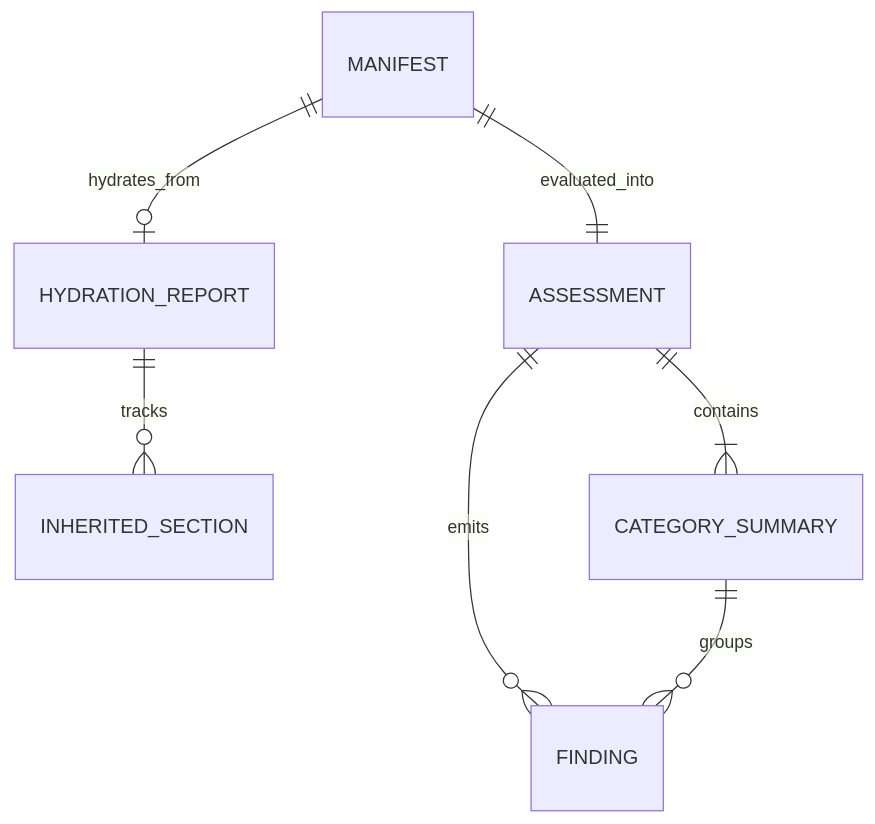
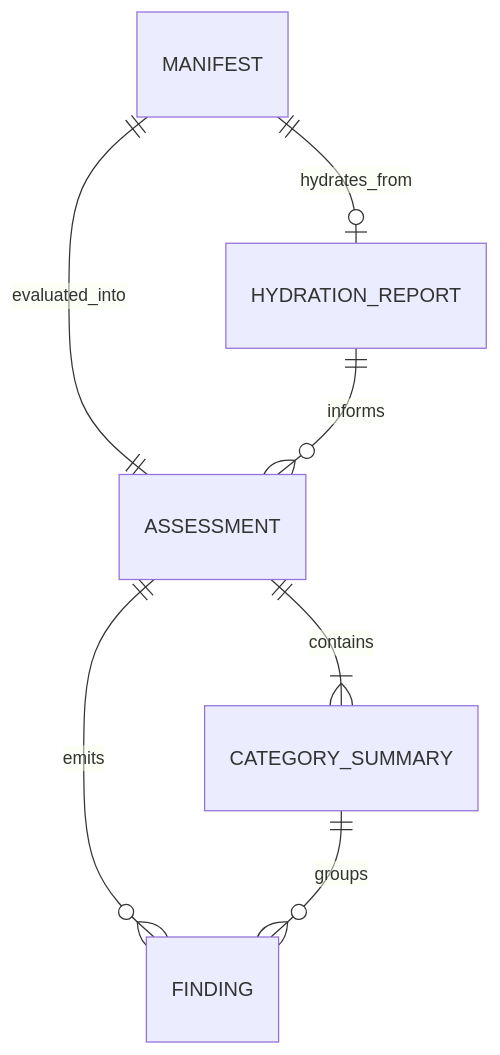
The diagram in .aw/records/plans/pending/20261121-repro-check-01-0b8i7x-shared-reproducibility-evidence-model-and-recorded-gap-analy.ipd.md (fariello/pubrun), drawn with Mermaid before and after one commit. The commit also changed other lines of this file and 1 other file, not shown here.

````diff
--- a/.aw/records/plans/pending/20261121-repro-check-01-0b8i7x-shared-reproducibility-evidence-model-and-recorded-gap-analy.ipd.md
+++ b/.aw/records/plans/pending/20261121-repro-check-01-0b8i7x-shared-reproducibility-evidence-model-and-recorded-gap-analy.ipd.md
@@ -34,9 +37,9 @@
 ```mermaid
 erDiagram
     MANIFEST ||--o| HYDRATION_REPORT : hydrates_from
     MANIFEST ||--|| ASSESSMENT : evaluated_into
-    HYDRATION_REPORT ||--o{ INHERITED_SECTION : tracks
+    HYDRATION_REPORT ||--o{ ASSESSMENT : informs
     ASSESSMENT ||--|{ CATEGORY_SUMMARY : contains
     ASSESSMENT ||--o{ FINDING : emits
     CATEGORY_SUMMARY ||--o{ FINDING : groups
 ```
````
